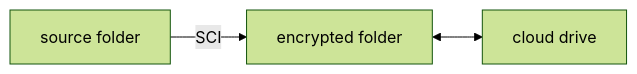
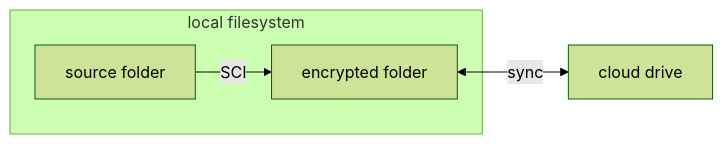
The diagram in README.md (gustaavv/SecureCloudInspector), drawn with Mermaid (forest theme) before and after one commit. The commit also changed other lines of this file, not shown here.

````diff
--- a/README.md
+++ b/README.md
@@ -22,4 +22,7 @@
 ```mermaid
 flowchart LR
-    A[source folder] -- SCI --> B[encrypted folder] <--> C[cloud drive]
+    subgraph local filesystem
+      A[source folder] -- SCI --> B[encrypted folder]
+    end
+    B <-- sync --> C[cloud drive]
 ```
````
